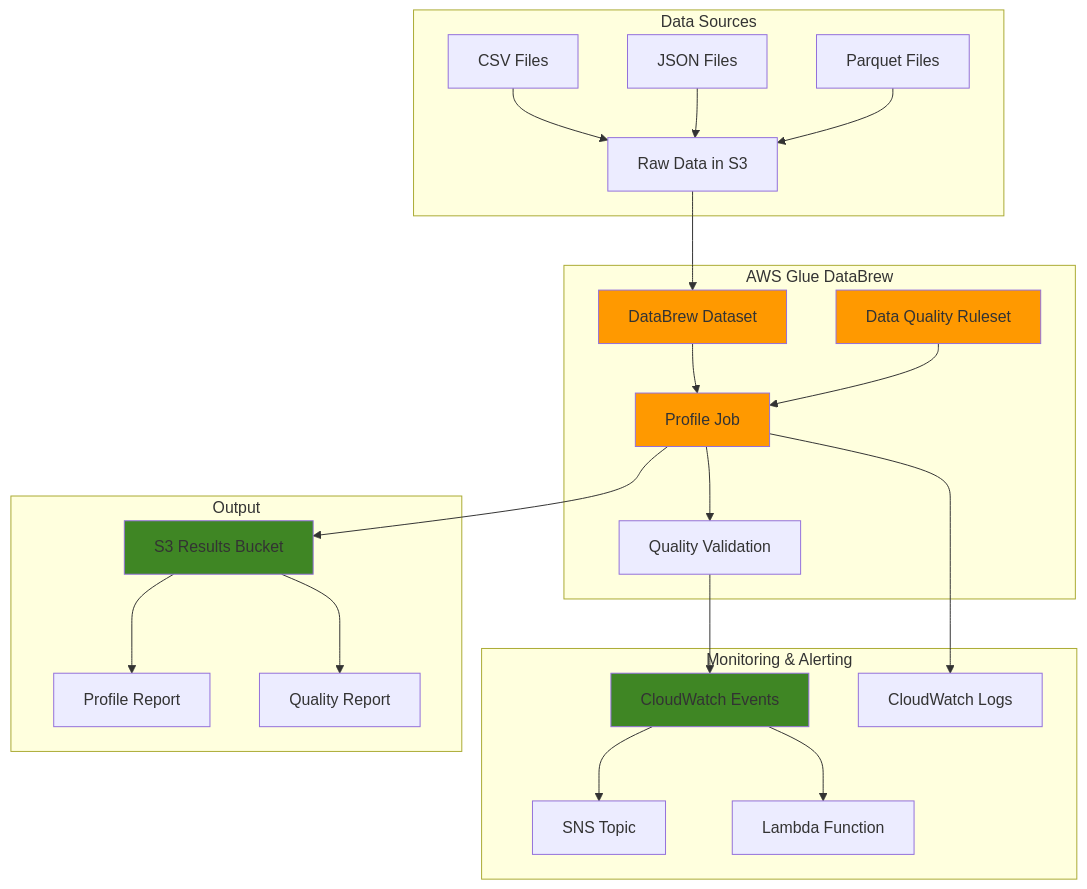
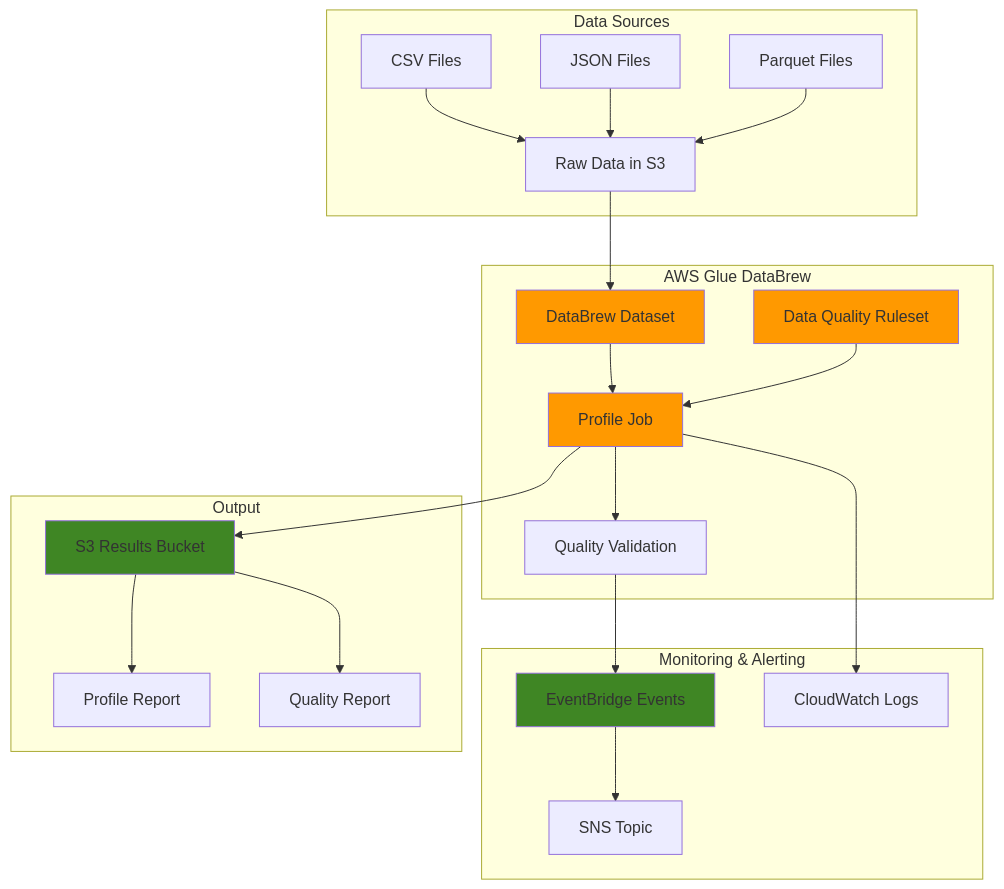
Before and after one commit to mzazon/awesome-cloud-projects: the diagram in aws/data-quality-monitoring-databrew/data-quality-monitoring-databrew.md, drawn with Mermaid. The commit also changed other lines of this file and 5581 other files, not shown here.

````diff
--- a/aws/data-quality-monitoring-databrew/data-quality-monitoring-databrew.md
+++ b/aws/data-quality-monitoring-databrew/data-quality-monitoring-databrew.md
@@ -30,54 +30,52 @@
 ```mermaid
 graph TB
     subgraph "Data Sources"
         S3_RAW[Raw Data in S3]
         CSV[CSV Files]
         JSON[JSON Files]
         PARQUET[Parquet Files]
     end
     
     subgraph "AWS Glue DataBrew"
         DATASET[DataBrew Dataset]
         PROFILE_JOB[Profile Job]
         RULESET[Data Quality Ruleset]
         VALIDATION[Quality Validation]
     end
     
     subgraph "Monitoring & Alerting"
-        CW_EVENTS[CloudWatch Events]
+        EB_EVENTS[EventBridge Events]
         SNS[SNS Topic]
-        LAMBDA[Lambda Function]
         CW_LOGS[CloudWatch Logs]
     end
     
     subgraph "Output"
         S3_RESULTS[S3 Results Bucket]
         PROFILE_REPORT[Profile Report]
         QUALITY_REPORT[Quality Report]
     end
     
     CSV --> S3_RAW
     JSON --> S3_RAW
     PARQUET --> S3_RAW
     
     S3_RAW --> DATASET
     DATASET --> PROFILE_JOB
     RULESET --> PROFILE_JOB
     PROFILE_JOB --> VALIDATION
     
-    VALIDATION --> CW_EVENTS
-    CW_EVENTS --> SNS
-    CW_EVENTS --> LAMBDA
+    VALIDATION --> EB_EVENTS
+    EB_EVENTS --> SNS
     
     PROFILE_JOB --> S3_RESULTS
     PROFILE_JOB --> CW_LOGS
     
     S3_RESULTS --> PROFILE_REPORT
     S3_RESULTS --> QUALITY_REPORT
     
     style DATASET fill:#FF9900
     style PROFILE_JOB fill:#FF9900
     style RULESET fill:#FF9900
-    style CW_EVENTS fill:#3F8624
+    style EB_EVENTS fill:#3F8624
     style S3_RESULTS fill:#3F8624
 ```
````
